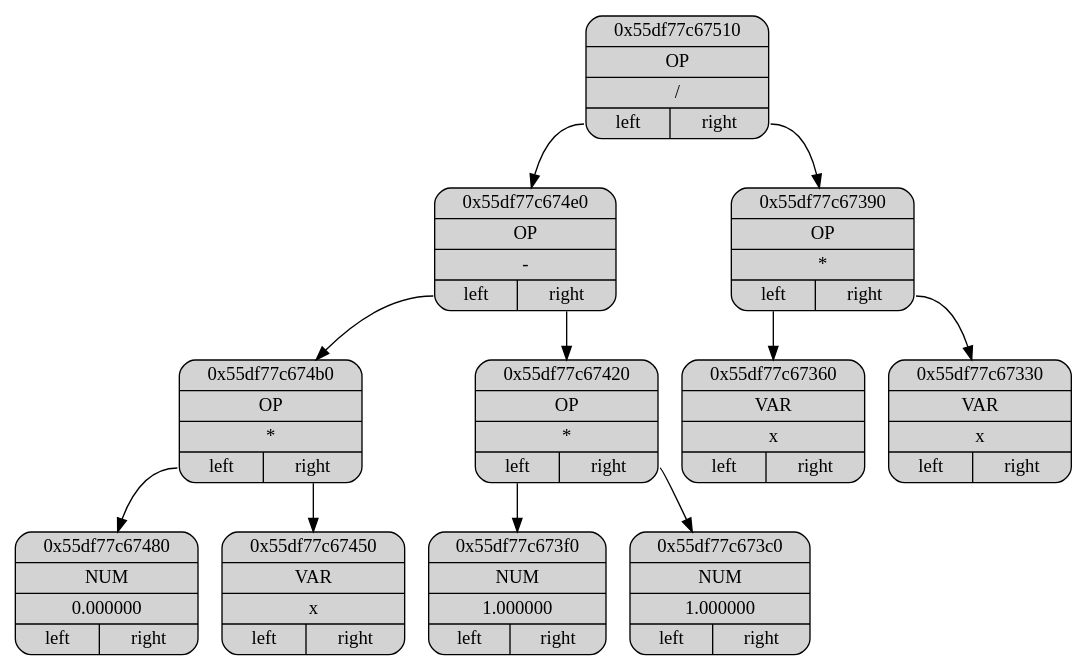
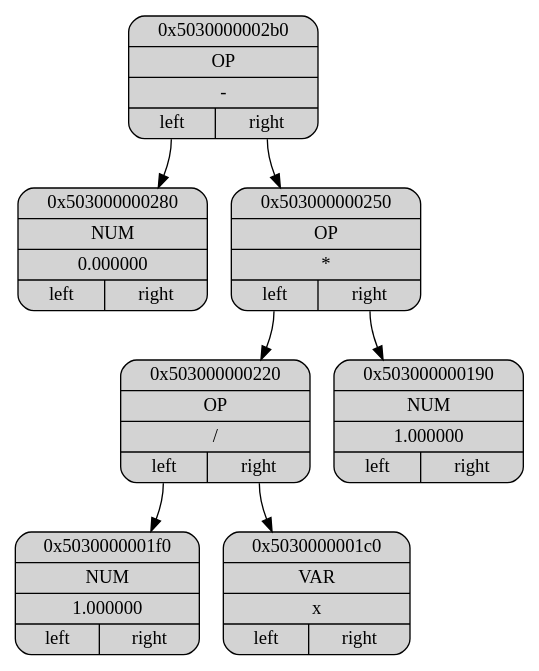
The diagram in Dump/dump.dot (ashqqy/Differentiation), drawn with Graphviz before and after one commit. The commit also changed 11 other files, not shown here.

```diff
--- a/Dump/dump.dot
+++ b/Dump/dump.dot
@@ -1,27 +1,19 @@
 digraph G
 {
 node[shape="record", style="rounded, filled"];
 
-p0x55df77c67510[label = "{ <ptr> 0x55df77c67510 |<type> OP | <data>/| { <l>left|<r>right } }"];
-p0x55df77c674e0[label = "{ <ptr> 0x55df77c674e0 |<type> OP | <data>-| { <l>left|<r>right } }"];
-p0x55df77c674b0[label = "{ <ptr> 0x55df77c674b0 |<type> OP | <data>*| { <l>left|<r>right } }"];
-p0x55df77c67480[label = "{ <ptr> 0x55df77c67480 |<type> NUM | <data>0.000000| { <l>left|<r>right } }"];
-p0x55df77c67450[label = "{ <ptr> 0x55df77c67450 |<type> VAR | <data>x| { <l>left|<r>right } }"];
-p0x55df77c67420[label = "{ <ptr> 0x55df77c67420 |<type> OP | <data>*| { <l>left|<r>right } }"];
-p0x55df77c673f0[label = "{ <ptr> 0x55df77c673f0 |<type> NUM | <data>1.000000| { <l>left|<r>right } }"];
-p0x55df77c673c0[label = "{ <ptr> 0x55df77c673c0 |<type> NUM | <data>1.000000| { <l>left|<r>right } }"];
-p0x55df77c67390[label = "{ <ptr> 0x55df77c67390 |<type> OP | <data>*| { <l>left|<r>right } }"];
-p0x55df77c67360[label = "{ <ptr> 0x55df77c67360 |<type> VAR | <data>x| { <l>left|<r>right } }"];
-p0x55df77c67330[label = "{ <ptr> 0x55df77c67330 |<type> VAR | <data>x| { <l>left|<r>right } }"];
+p0x5030000002b0[label = "{ <ptr> 0x5030000002b0 |<type> OP | <data>-| { <l>left|<r>right } }"];
+p0x503000000280[label = "{ <ptr> 0x503000000280 |<type> NUM | <data>0.000000| { <l>left|<r>right } }"];
+p0x503000000250[label = "{ <ptr> 0x503000000250 |<type> OP | <data>*| { <l>left|<r>right } }"];
+p0x503000000220[label = "{ <ptr> 0x503000000220 |<type> OP | <data>/| { <l>left|<r>right } }"];
+p0x5030000001f0[label = "{ <ptr> 0x5030000001f0 |<type> NUM | <data>1.000000| { <l>left|<r>right } }"];
+p0x5030000001c0[label = "{ <ptr> 0x5030000001c0 |<type> VAR | <data>x| { <l>left|<r>right } }"];
+p0x503000000190[label = "{ <ptr> 0x503000000190 |<type> NUM | <data>1.000000| { <l>left|<r>right } }"];
 
-p0x55df77c67510:<l> -> p0x55df77c674e0
-p0x55df77c674e0:<l> -> p0x55df77c674b0
-p0x55df77c674b0:<l> -> p0x55df77c67480
-p0x55df77c674b0:<r> -> p0x55df77c67450
-p0x55df77c674e0:<r> -> p0x55df77c67420
-p0x55df77c67420:<l> -> p0x55df77c673f0
-p0x55df77c67420:<r> -> p0x55df77c673c0
-p0x55df77c67510:<r> -> p0x55df77c67390
-p0x55df77c67390:<l> -> p0x55df77c67360
-p0x55df77c67390:<r> -> p0x55df77c67330
+p0x5030000002b0:<l> -> p0x503000000280
+p0x5030000002b0:<r> -> p0x503000000250
+p0x503000000250:<l> -> p0x503000000220
+p0x503000000220:<l> -> p0x5030000001f0
+p0x503000000220:<r> -> p0x5030000001c0
+p0x503000000250:<r> -> p0x503000000190
 }
```
